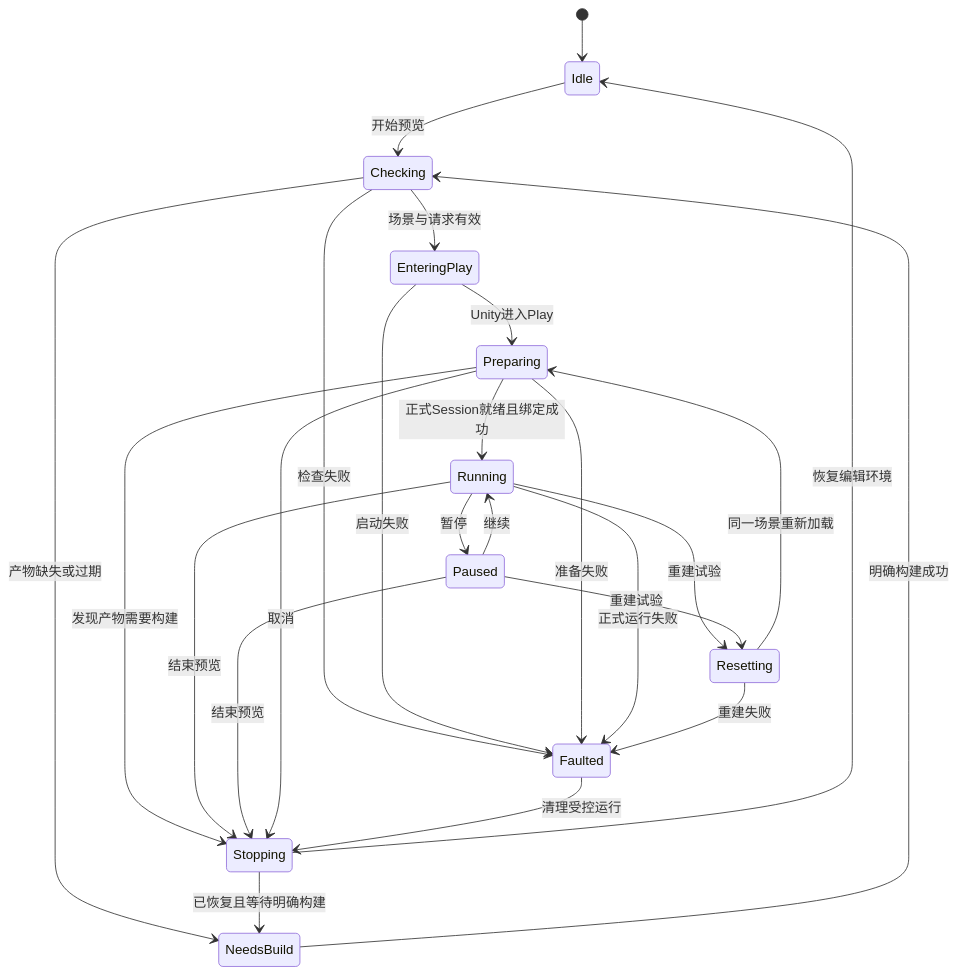
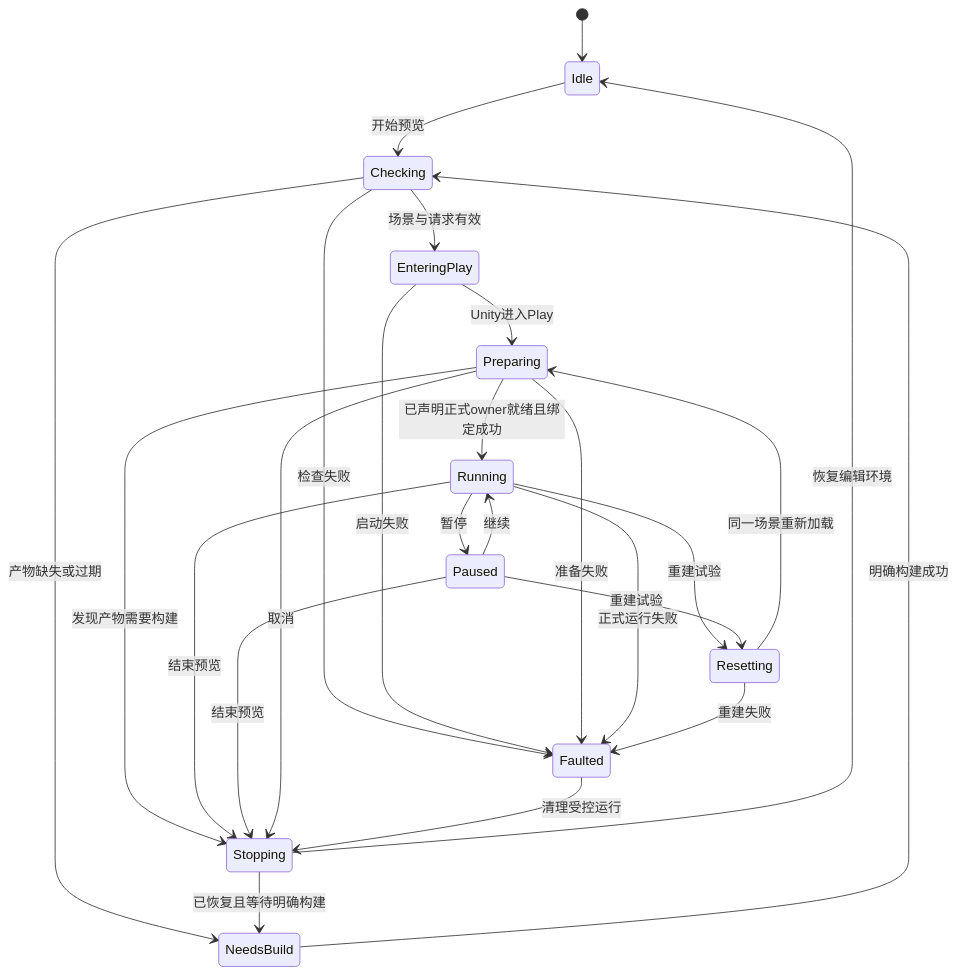
The first of 3 diagrams in openspec/changes/rebuild-btsmtl-preview-with-scene-play/design.md (nikaakaa/3c), drawn with Mermaid before and after one commit. The commit also changed other lines of this file and 9 other files, not shown here.

````diff
--- a/openspec/changes/rebuild-btsmtl-preview-with-scene-play/design.md
+++ b/openspec/changes/rebuild-btsmtl-preview-with-scene-play/design.md
@@ -99,27 +108,27 @@
 ```mermaid
 stateDiagram-v2
     [*] --> Idle
     Idle --> Checking: 开始预览
     Checking --> NeedsBuild: 产物缺失或过期
     NeedsBuild --> Checking: 明确构建成功
     Checking --> EnteringPlay: 场景与请求有效
     EnteringPlay --> Preparing: Unity进入Play
-    Preparing --> Running: 正式Session就绪且绑定成功
+    Preparing --> Running: 已声明正式owner就绪且绑定成功
     Preparing --> Stopping: 发现产物需要构建
     Running --> Paused: 暂停
     Paused --> Running: 继续
     Running --> Resetting: 重建试验
     Paused --> Resetting: 重建试验
     Resetting --> Preparing: 同一场景重新加载
     Running --> Stopping: 结束预览
     Paused --> Stopping: 结束预览
     Preparing --> Stopping: 取消
     Checking --> Faulted: 检查失败
     EnteringPlay --> Faulted: 启动失败
     Preparing --> Faulted: 准备失败
     Running --> Faulted: 正式运行失败
     Resetting --> Faulted: 重建失败
     Faulted --> Stopping: 清理受控运行
     Stopping --> Idle: 恢复编辑环境
     Stopping --> NeedsBuild: 已恢复且等待明确构建
 ```
````
